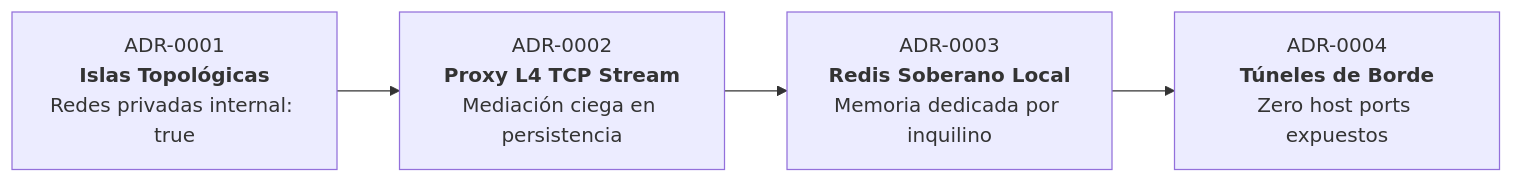
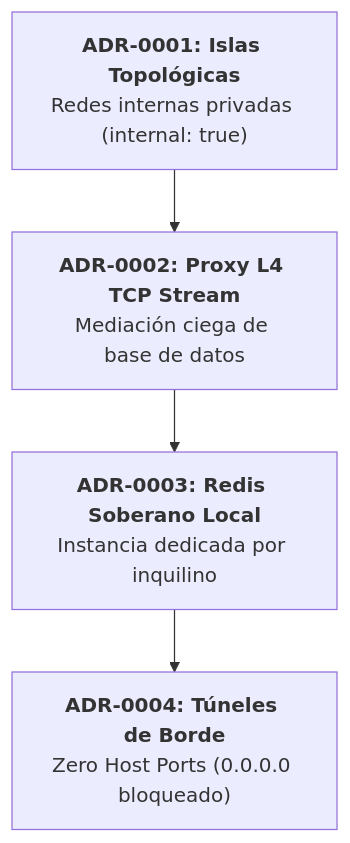
The third of 4 diagrams in README.md (isora-cloud-group/stratum-hub), drawn with Mermaid before and after one commit. The commit also changed other lines of this file and 2 other files, not shown here.

Commit message:
docs: optimize diagrams with vertical orientation, concise labels, and decoupled link lists

````diff
--- a/README.md
+++ b/README.md
@@ -166,11 +156,9 @@
 ```mermaid
-flowchart LR
-    ADR1["ADR-0001<br/><b>Islas Topológicas</b><br/>Redes privadas internal: true"]
-    ADR2["ADR-0002<br/><b>Proxy L4 TCP Stream</b><br/>Mediación ciega en persistencia"]
-    ADR3["ADR-0003<br/><b>Redis Soberano Local</b><br/>Memoria dedicada por inquilino"]
-    ADR4["ADR-0004<br/><b>Túneles de Borde</b><br/>Zero host ports expuestos"]
+flowchart TD
+    ADR1["<b>ADR-0001: Islas Topológicas</b><br/>Redes internas privadas (internal: true)"]
+    ADR2["<b>ADR-0002: Proxy L4 TCP Stream</b><br/>Mediación ciega de base de datos"]
+    ADR3["<b>ADR-0003: Redis Soberano Local</b><br/>Instancia dedicada por inquilino"]
+    ADR4["<b>ADR-0004: Túneles de Borde</b><br/>Zero Host Ports (0.0.0.0 bloqueado)"]
 
-    ADR1 --> ADR2
-    ADR2 --> ADR3
-    ADR3 --> ADR4
+    ADR1 --> ADR2 --> ADR3 --> ADR4
 ```
````
